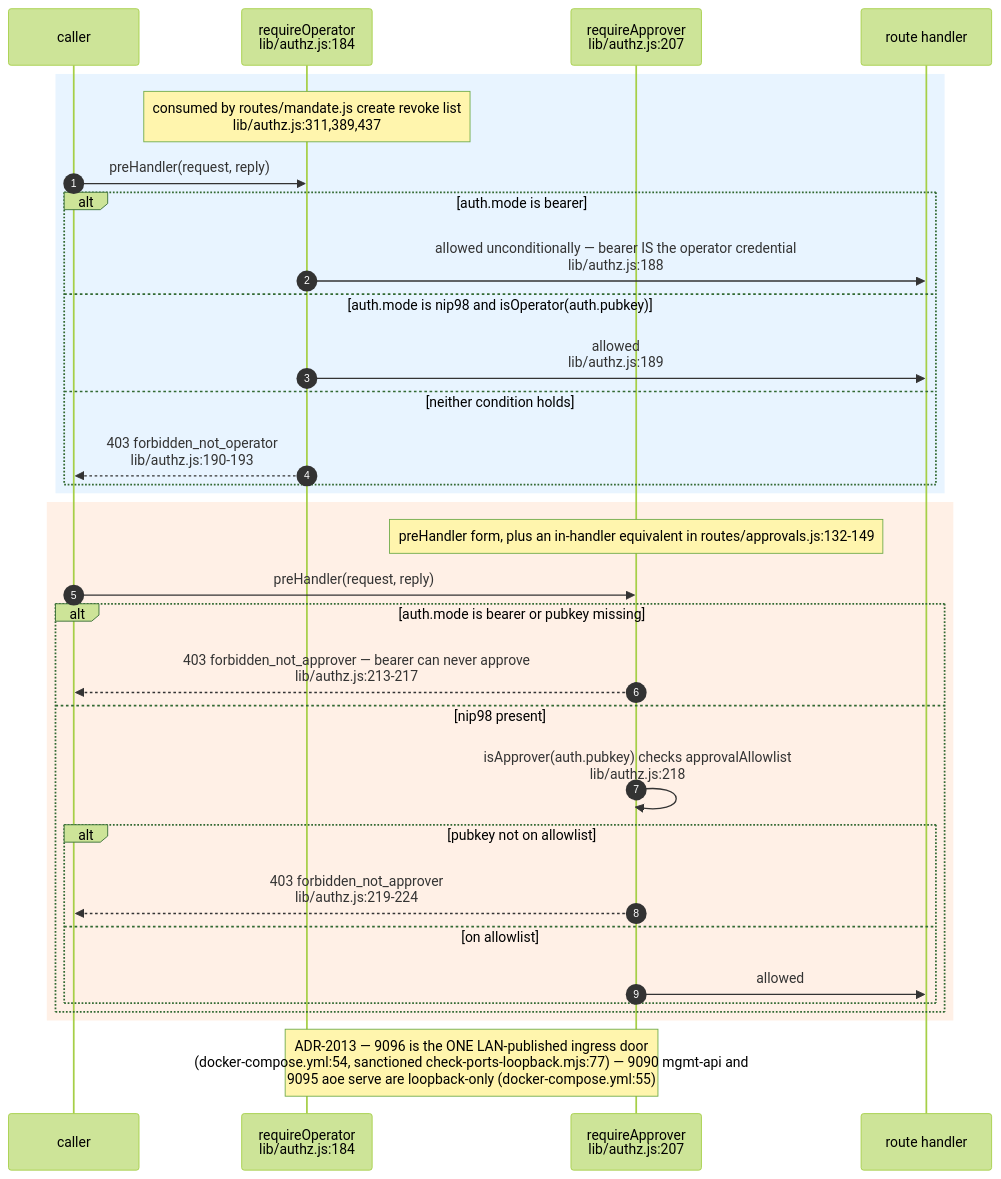
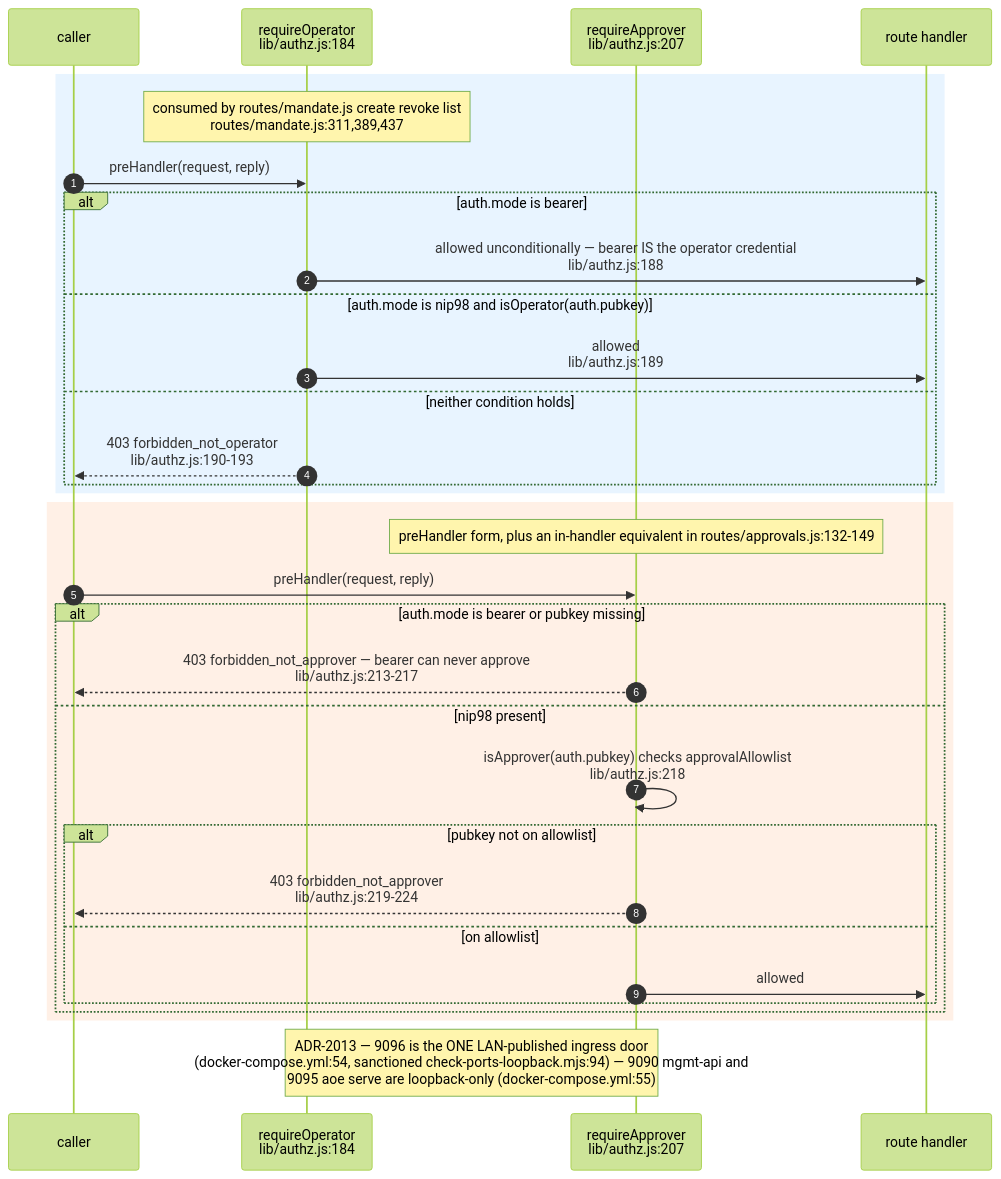
One commit to DreamLab-AI/AR-AI-Knowledge-Graph changed the fifth of 17 diagrams in docs/diagrams/agentbox/03-management-api-request-lifecycle.md. Above: the diagram before and after it, drawn with Mermaid (forest theme). The commit also changed other lines of this file and 73 other files, not shown here.

First line of the commit message:
docs(diagrams): re-verify all 71 topic files against HEAD; add --cite-check

````diff
--- a/docs/diagrams/agentbox/03-management-api-request-lifecycle.md
+++ b/docs/diagrams/agentbox/03-management-api-request-lifecycle.md
@@ -223,36 +224,36 @@
 ```mermaid
 sequenceDiagram
     autonumber
     participant C as caller
     participant RO as requireOperator<br/>lib/authz.js:184
     participant RA as requireApprover<br/>lib/authz.js:207
     participant H as route handler
 
     rect rgb(232,244,255)
-    Note over RO: consumed by routes/mandate.js create revoke list<br/>lib/authz.js:311,389,437
+    Note over RO: consumed by routes/mandate.js create revoke list<br/>routes/mandate.js:311,389,437
     C->>RO: preHandler(request, reply)
     alt auth.mode is bearer
         RO->>H: allowed unconditionally — bearer IS the operator credential<br/>lib/authz.js:188
     else auth.mode is nip98 and isOperator(auth.pubkey)
         RO->>H: allowed<br/>lib/authz.js:189
     else neither condition holds
         RO-->>C: 403 forbidden_not_operator<br/>lib/authz.js:190-193
     end
     end
 
     rect rgb(255,240,230)
     Note over RA: preHandler form, plus an in-handler equivalent in routes/approvals.js:132-149
     C->>RA: preHandler(request, reply)
     alt auth.mode is bearer or pubkey missing
         RA-->>C: 403 forbidden_not_approver — bearer can never approve<br/>lib/authz.js:213-217
     else nip98 present
         RA->>RA: isApprover(auth.pubkey) checks approvalAllowlist<br/>lib/authz.js:218
         alt pubkey not on allowlist
             RA-->>C: 403 forbidden_not_approver<br/>lib/authz.js:219-224
         else on allowlist
             RA->>H: allowed
         end
     end
     end
-    Note over RO,RA: ADR-2013 — 9096 is the ONE LAN-published ingress door<br/>(docker-compose.yml:54, sanctioned check-ports-loopback.mjs:77) — 9090 mgmt-api and<br/>9095 aoe serve are loopback-only (docker-compose.yml:55)
+    Note over RO,RA: ADR-2013 — 9096 is the ONE LAN-published ingress door<br/>(docker-compose.yml:54, sanctioned check-ports-loopback.mjs:94) — 9090 mgmt-api and<br/>9095 aoe serve are loopback-only (docker-compose.yml:55)
 ```
````
